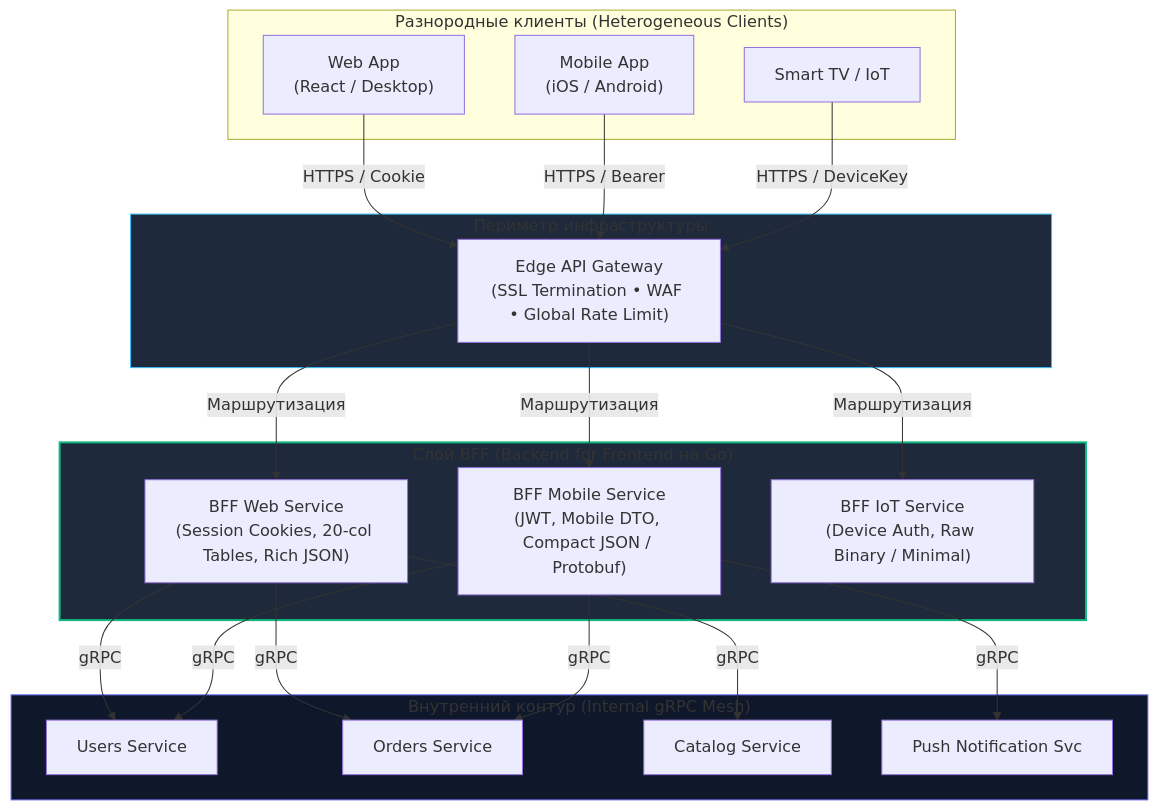
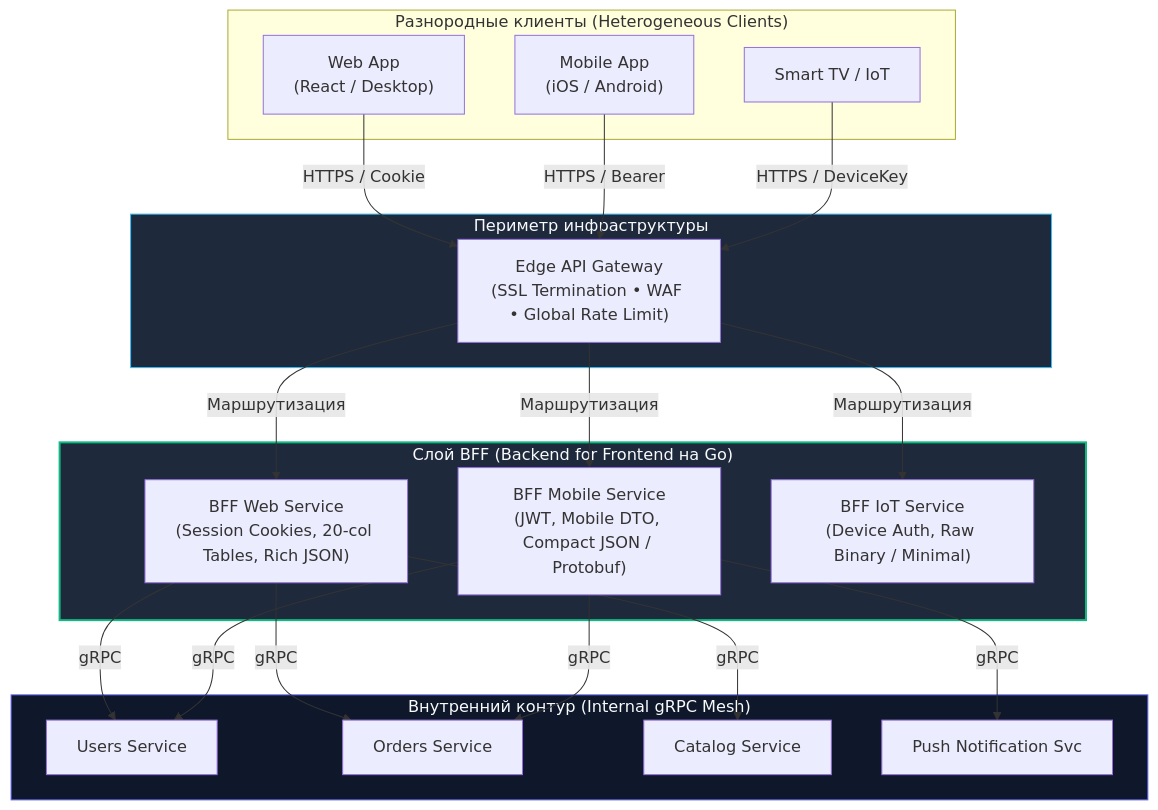
Before and after one commit to UnrealTemplier/go-textbook: the first of 2 diagrams in sources/10. Проектирование API и Сетевые протоколы/26. BFF pattern.md, drawn with Mermaid. The commit also changed 310 other files, not shown here.

First line of the commit message:
fix(mermaid): replace light fill colors with dark palette for readability on dark theme

````diff
--- a/sources/10. Проектирование API и Сетевые протоколы/26. BFF pattern.md
+++ b/sources/10. Проектирование API и Сетевые протоколы/26. BFF pattern.md
@@ -30,45 +30,45 @@
 ```mermaid
 flowchart TD
     subgraph Clients ["Разнородные клиенты (Heterogeneous Clients)"]
         Web["Web App<br>(React / Desktop)"]
         Mob["Mobile App<br>(iOS / Android)"]
         IoT["Smart TV / IoT"]
     end
 
     subgraph Edge ["Периметр инфраструктуры"]
         GW["Edge API Gateway<br>(SSL Termination • WAF • Global Rate Limit)"]
     end
 
     subgraph BFF_Layer ["Слой BFF (Backend for Frontend на Go)"]
         BFF_Web["BFF Web Service<br>(Session Cookies, 20-col Tables, Rich JSON)"]
         BFF_Mob["BFF Mobile Service<br>(JWT, Mobile DTO, Compact JSON / Protobuf)"]
         BFF_IoT["BFF IoT Service<br>(Device Auth, Raw Binary / Minimal)"]
     end
 
     subgraph Mesh ["Внутренний контур (Internal gRPC Mesh)"]
         Users["Users Service"]
         Orders["Orders Service"]
         Catalog["Catalog Service"]
         Push["Push Notification Svc"]
     end
 
     Web -->|"HTTPS / Cookie"| GW
     Mob -->|"HTTPS / Bearer"| GW
     IoT -->|"HTTPS / DeviceKey"| GW
 
     GW -->|"Маршрутизация"| BFF_Web
     GW -->|"Маршрутизация"| BFF_Mob
     GW -->|"Маршрутизация"| BFF_IoT
 
     BFF_Web -->|"gRPC"| Users
     BFF_Web -->|"gRPC"| Orders
     BFF_Web -->|"gRPC"| Catalog
 
     BFF_Mob -->|"gRPC"| Users
     BFF_Mob -->|"gRPC"| Orders
     BFF_Mob -->|"gRPC"| Push
 
-    style Edge fill:#1e293b,stroke:#38bdf8,stroke-width:1px
-    style BFF_Layer fill:#1e293b,stroke:#10b981,stroke-width:2px
-    style Mesh fill:#0f172a,stroke:#6366f1,stroke-width:1px
+    style Edge fill:#1e293b,stroke:#38bdf8,stroke-width:1px,color:#f8fafc
+    style BFF_Layer fill:#1e293b,stroke:#10b981,stroke-width:2px,color:#f8fafc
+    style Mesh fill:#0f172a,stroke:#6366f1,stroke-width:1px,color:#f8fafc
 ```
````
